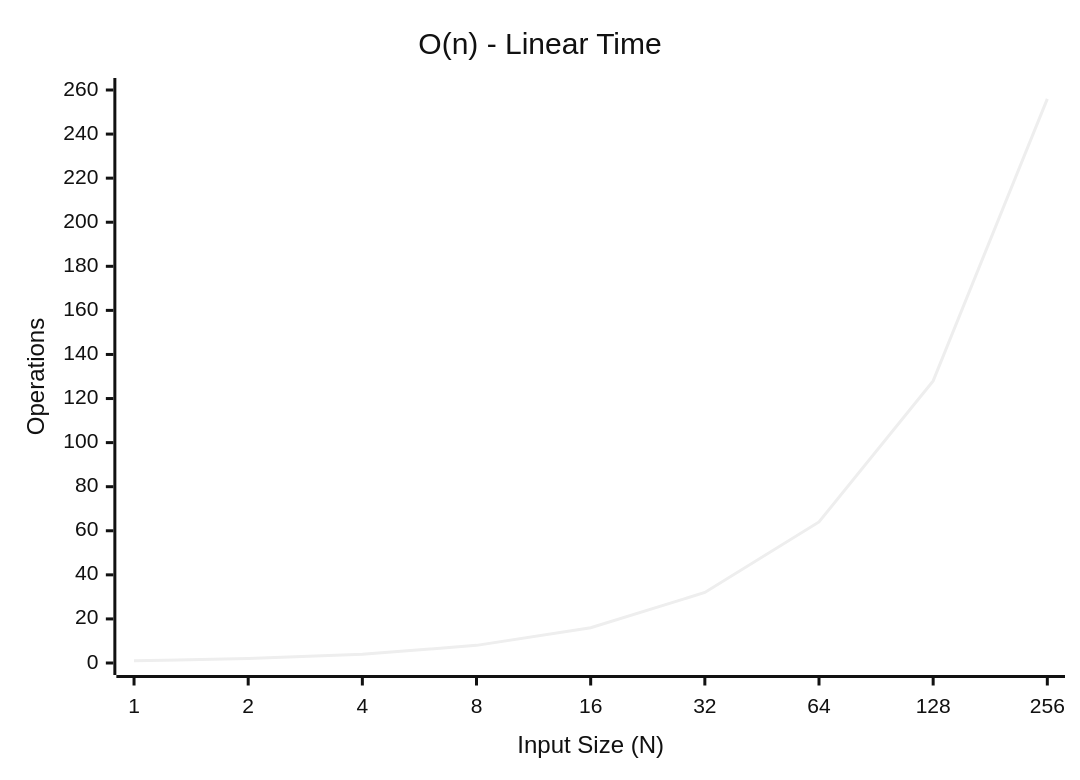
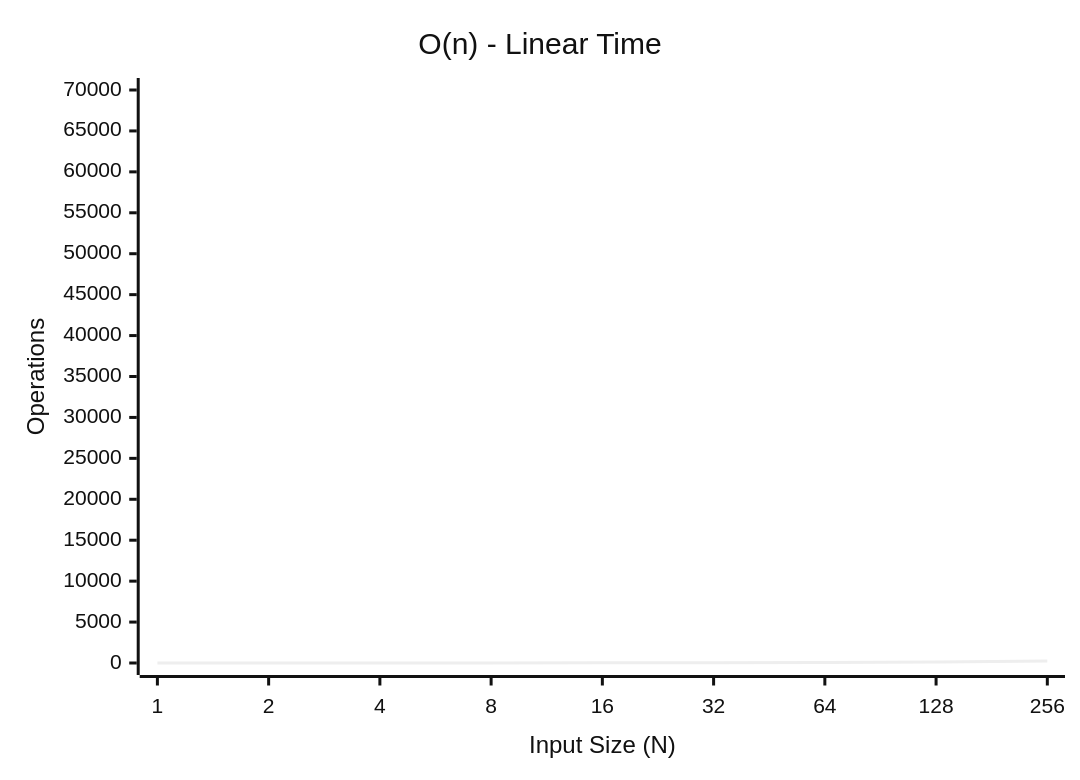
One commit to youngmin-gwon/what-i-studied changed the third of 6 diagrams in 01_inbox/algorithm/algo-complexity-and-big-o.md. Above: the diagram before and after it, drawn with Mermaid (neutral theme). The commit also changed other lines of this file, not shown here.

````diff
--- a/01_inbox/algorithm/algo-complexity-and-big-o.md
+++ b/01_inbox/algorithm/algo-complexity-and-big-o.md
@@ -80,7 +80,7 @@
 ```mermaid
 xychart-beta
     title "O(n) - Linear Time"
     x-axis "Input Size (N)" [1, 2, 4, 8, 16, 32, 64, 128, 256]
-    y-axis "Operations" 0 --> 260
+    y-axis "Operations" 0 --> 70000
     line "O(n)" [1, 2, 4, 8, 16, 32, 64, 128, 256]
 ```
````
